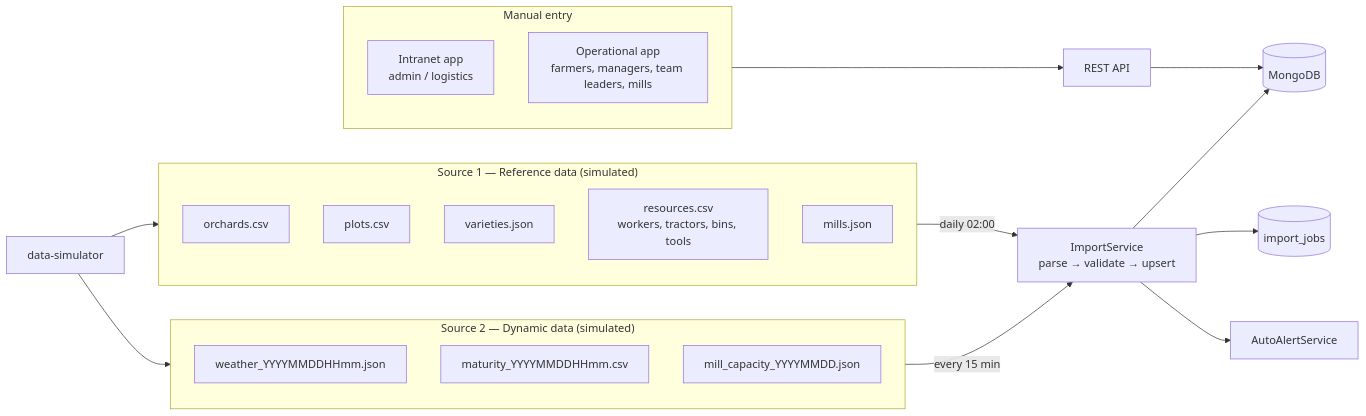
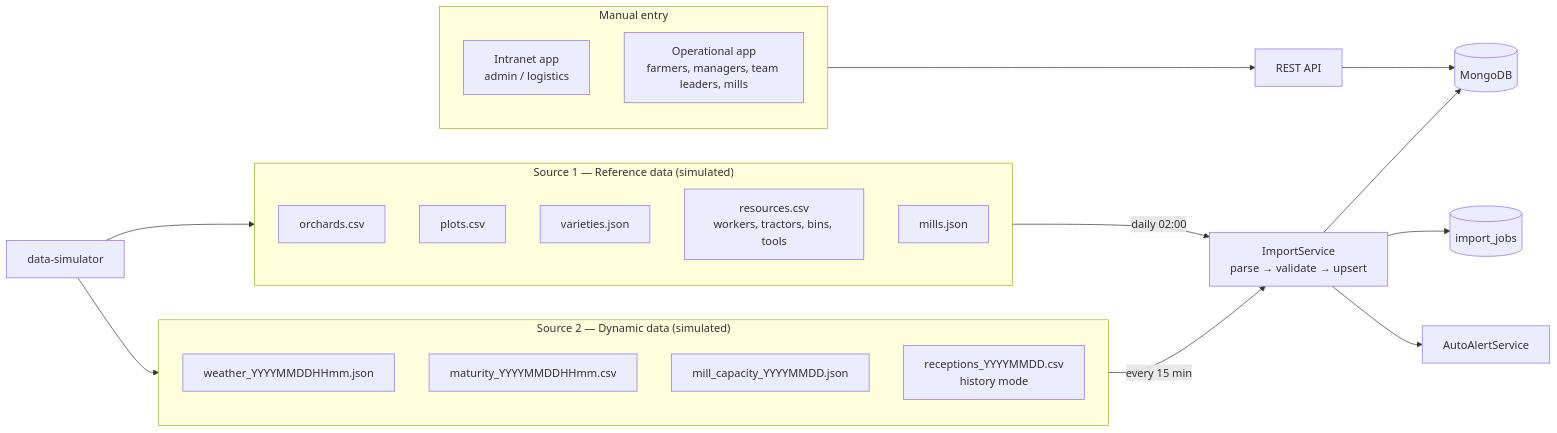
Before and after one commit to Iyed-M/olive-connect: the first of 2 diagrams in docs/07-data-import.md, drawn with Mermaid. The commit also changed other lines of this file and 6 other files, not shown here.

````diff
--- a/docs/07-data-import.md
+++ b/docs/07-data-import.md
@@ -5,27 +5,28 @@
 ```mermaid
 flowchart LR
     subgraph S1["Source 1 — Reference data (simulated)"]
         r1[orchards.csv]
         r2[plots.csv]
         r3[varieties.json]
         r4[resources.csv<br/>workers, tractors, bins, tools]
         r5[mills.json]
     end
     subgraph S2["Source 2 — Dynamic data (simulated)"]
         d1[weather_YYYYMMDDHHmm.json]
         d2[maturity_YYYYMMDDHHmm.csv]
         d3[mill_capacity_YYYYMMDD.json]
+        d4[receptions_YYYYMMDD.csv<br/>history mode]
     end
     subgraph S3["Manual entry"]
         m1[Intranet app<br/>admin / logistics]
         m2[Operational app<br/>farmers, managers, team leaders, mills]
     end
     SIM[data-simulator] --> S1
     SIM --> S2
     S1 -->|daily 02:00| IMP[ImportService<br/>parse → validate → upsert]
     S2 -->|every 15 min| IMP
     IMP --> DB[(MongoDB)]
     IMP --> J[(import_jobs)]
     IMP --> AA[AutoAlertService]
     S3 --> API[REST API] --> DB
 ```
````
